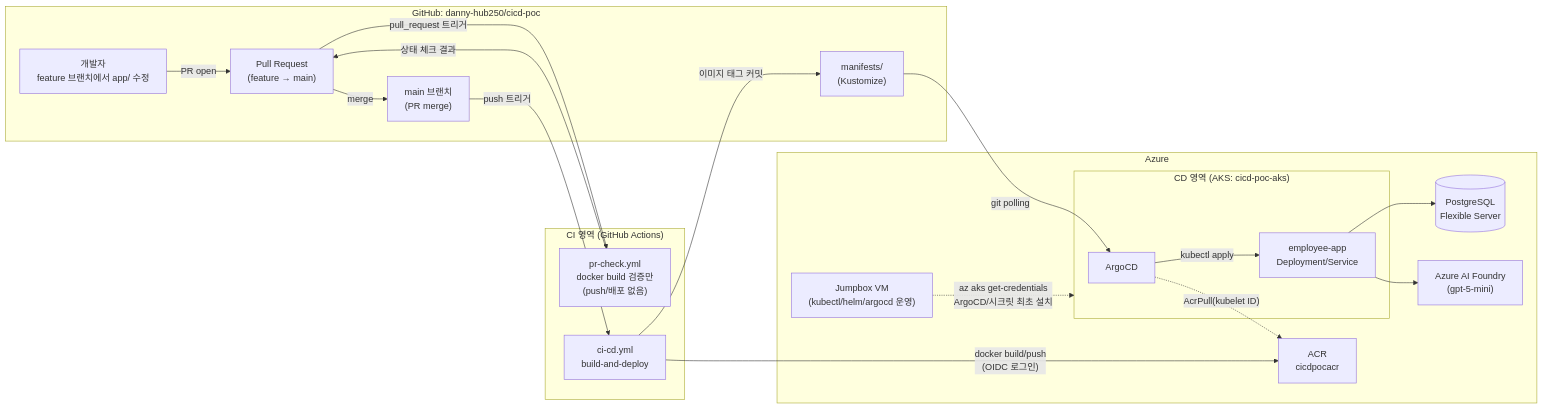
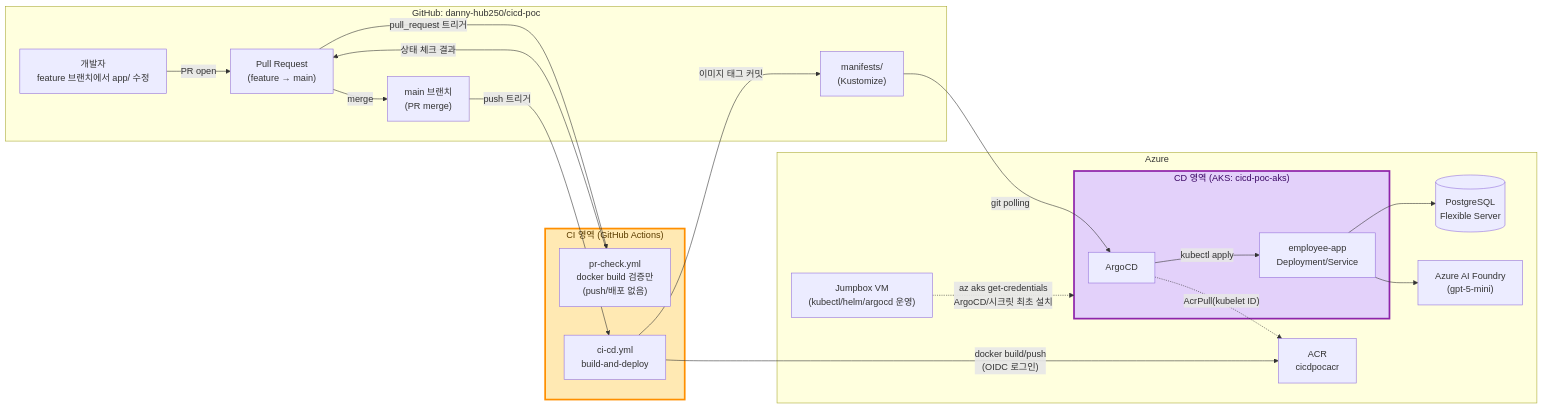
The first of 2 diagrams in README.md (danny-hub250/cicd-poc), drawn with Mermaid before and after one commit. The commit also changed other lines of this file, not shown here.

First line of the commit message:
docs: make CI/CD region colors stand out in the diagrams

````diff
--- a/README.md
+++ b/README.md
@@ -14,40 +14,43 @@
 ```mermaid
 flowchart LR
     subgraph GitHub["GitHub: danny-hub250/cicd-poc"]
         DEV["개발자\nfeature 브랜치에서 app/ 수정"]
         PR["Pull Request\n(feature → main)"]
         MAIN["main 브랜치\n(PR merge)"]
         MANI["manifests/\n(Kustomize)"]
         DEV -->|PR open| PR
         PR -->|merge| MAIN
     end
 
     subgraph CI["CI 영역 (GitHub Actions)"]
         PRCHECK["pr-check.yml\ndocker build 검증만\n(push/배포 없음)"]
         BUILD["ci-cd.yml\nbuild-and-deploy"]
     end
 
     PR -->|"pull_request 트리거"| PRCHECK
     PRCHECK -->|"상태 체크 결과"| PR
     MAIN -->|"push 트리거"| BUILD
     BUILD -->|"이미지 태그 커밋"| MANI
 
     subgraph Azure["Azure"]
         ACR["ACR\ncicdpocacr"]
         subgraph CD["CD 영역 (AKS: cicd-poc-aks)"]
             ARGO["ArgoCD"]
             APP["employee-app\nDeployment/Service"]
         end
         DB[("PostgreSQL\nFlexible Server")]
         FOUNDRY["Azure AI Foundry\n(gpt-5-mini)"]
         VM["Jumpbox VM\n(kubectl/helm/argocd 운영)"]
     end
 
     BUILD -->|"docker build/push\n(OIDC 로그인)"| ACR
     MANI -->|"git polling"| ARGO
     ARGO -->|"kubectl apply"| APP
     ARGO -.->|"AcrPull(kubelet ID)"| ACR
     APP --> DB
     APP --> FOUNDRY
     VM -.->|"az aks get-credentials\nArgoCD/시크릿 최초 설치"| CD
+
+    style CI fill:#FFE9B3,stroke:#FF8F00,stroke-width:3px,color:#5C3D00
+    style CD fill:#E3D1FA,stroke:#8E24AA,stroke-width:3px,color:#3B0764
 ```
````
